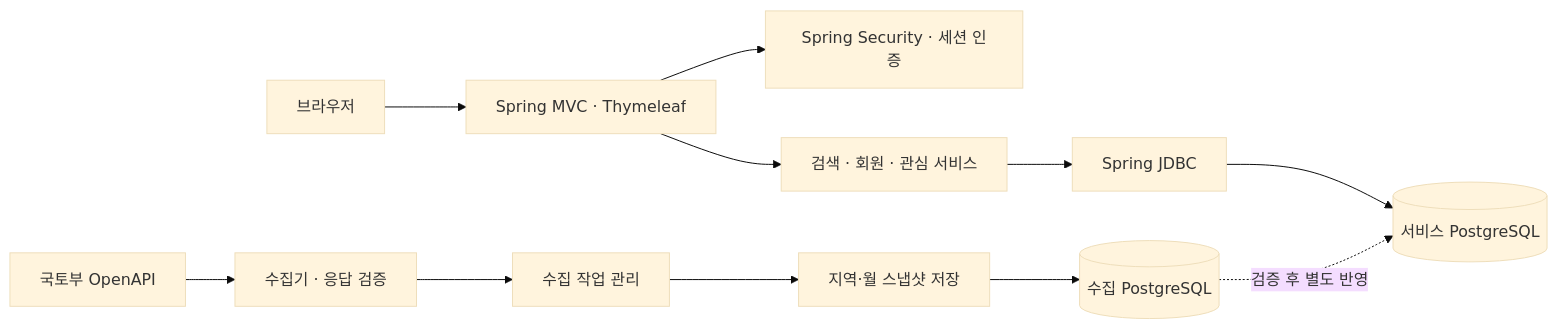
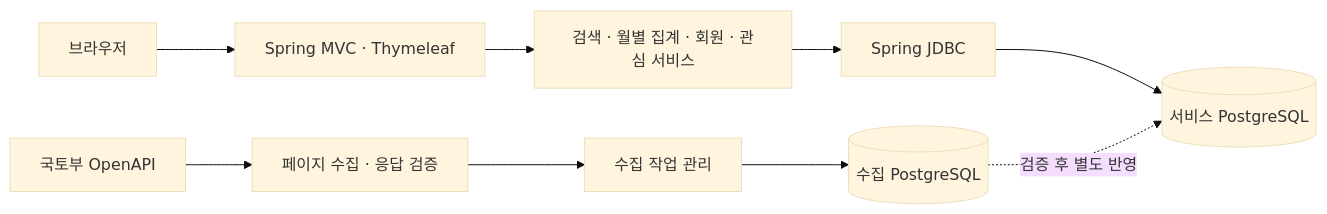
Before and after one commit to sign0329/house_finder: the diagram in README.md, drawn with Mermaid (base theme). The commit also changed other lines of this file, not shown here.

````diff
--- a/README.md
+++ b/README.md
@@ -45,13 +120,11 @@
 ```mermaid
 flowchart LR
     U[브라우저] --> W[Spring MVC · Thymeleaf]
-    W --> A[Spring Security · 세션 인증]
-    W --> S[검색 · 회원 · 관심 서비스]
+    W --> S[검색 · 월별 집계 · 회원 · 관심 서비스]
     S --> J[Spring JDBC]
     J --> DB[(서비스 PostgreSQL)]
-    API[국토부 OpenAPI] --> C[수집기 · 응답 검증]
+    API[국토부 OpenAPI] --> C[페이지 수집 · 응답 검증]
     C --> JOB[수집 작업 관리]
-    JOB --> STORE[지역·월 스냅샷 저장]
-    STORE --> COL[(수집 PostgreSQL)]
+    JOB --> COL[(수집 PostgreSQL)]
     COL -. 검증 후 별도 반영 .-> DB
 ```
````
